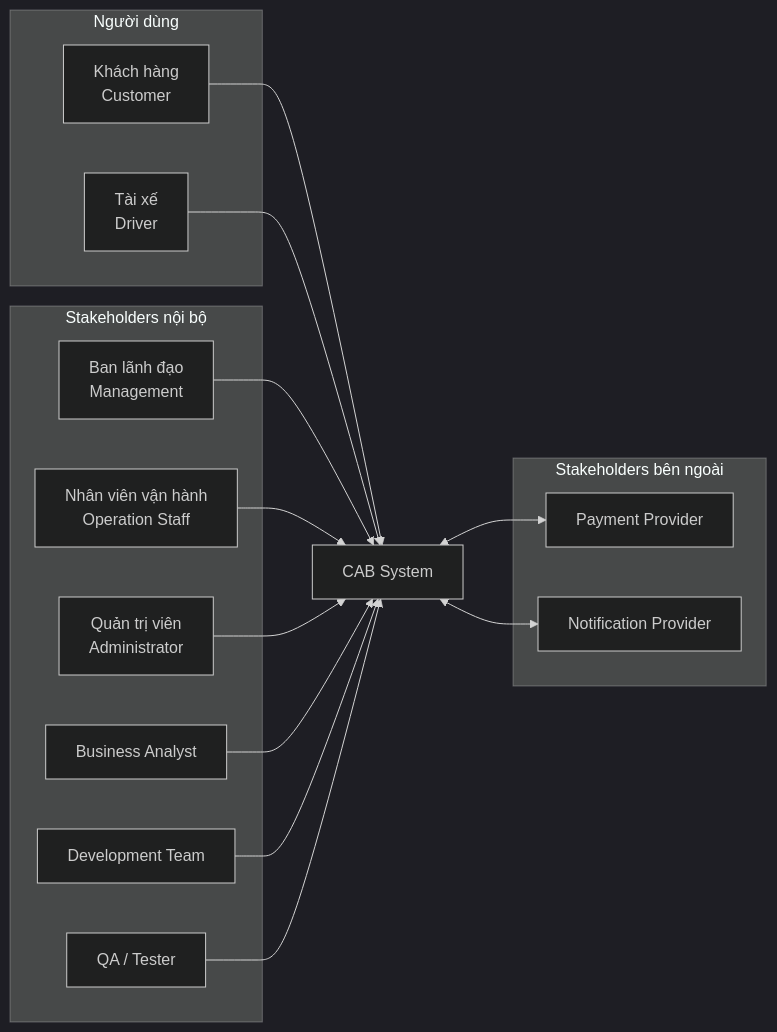
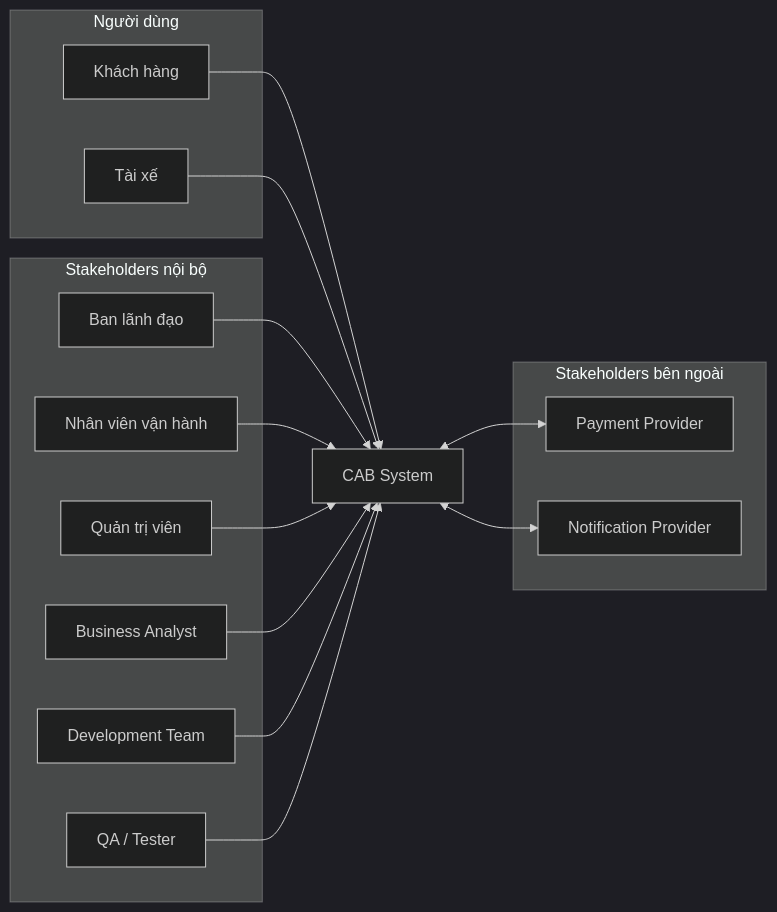
One commit to ntthuyvy0205-source/23662281_NguyenThiThuyVy_CABSYSTEM changed the first of 3 diagrams in SRS.md. Above: the diagram before and after it, drawn with Mermaid (dark theme). The commit also changed other lines of this file, not shown here.

````diff
--- a/SRS.md
+++ b/SRS.md
@@ -64,37 +55,36 @@
 ```mermaid
 flowchart LR
 
     CAB["CAB System"]
 
     subgraph Internal["Stakeholders nội bộ"]
-        Management["Ban lãnh đạo<br/>Management"]
-        Operation["Nhân viên vận hành<br/>Operation Staff"]
-        Admin["Quản trị viên<br/>Administrator"]
+        Management["Ban lãnh đạo"]
+        Operation["Nhân viên vận hành"]
+        Admin["Quản trị viên"]
         BA["Business Analyst"]
         Dev["Development Team"]
         QA["QA / Tester"]
     end
 
     subgraph Users["Người dùng"]
-        Customer["Khách hàng<br/>Customer"]
-        Driver["Tài xế<br/>Driver"]
+        Customer["Khách hàng"]
+        Driver["Tài xế"]
     end
 
     subgraph External["Stakeholders bên ngoài"]
         Payment["Payment Provider"]
         Notification["Notification Provider"]
     end
 
     Customer --> CAB
     Driver --> CAB
-
     Management --> CAB
     Operation --> CAB
     Admin --> CAB
     BA --> CAB
     Dev --> CAB
     QA --> CAB
 
     CAB <--> Payment
     CAB <--> Notification
 ```
````
